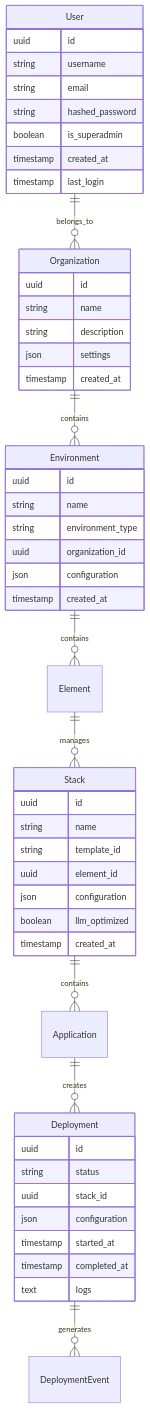
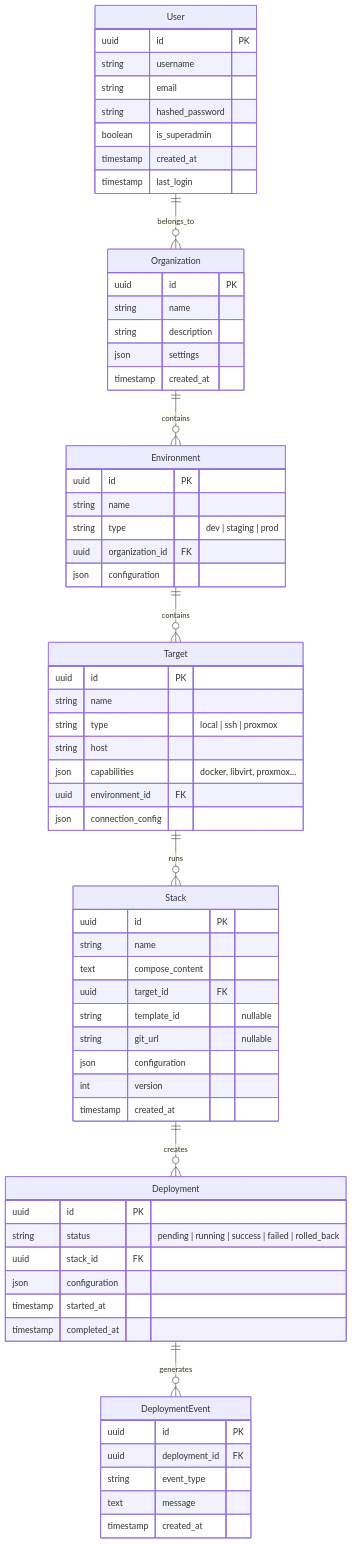
The fifth of 6 diagrams in doc/general_specs/02-architecture.md (stefapi/windflow), drawn with Mermaid before and after one commit. The commit also changed other lines of this file and 48 other files, not shown here.

Commit message:
feat: added a system to manage roadmap and developments

````diff
--- a/doc/general_specs/02-architecture.md
+++ b/doc/general_specs/02-architecture.md
@@ -155,57 +394,74 @@
 ```mermaid
 erDiagram
     User ||--o{ Organization : belongs_to
     Organization ||--o{ Environment : contains
-    Environment ||--o{ Element : contains
-    Element ||--o{ Stack : manages
-    Stack ||--o{ Application : contains
-    Application ||--o{ Deployment : creates
+    Environment ||--o{ Target : contains
+    Target ||--o{ Stack : runs
+    Stack ||--o{ Deployment : creates
     Deployment ||--o{ DeploymentEvent : generates
-    
+
     User {
-        uuid id
+        uuid id PK
         string username
         string email
         string hashed_password
         boolean is_superadmin
         timestamp created_at
         timestamp last_login
     }
-    
+
     Organization {
-        uuid id
+        uuid id PK
         string name
         string description
         json settings
         timestamp created_at
     }
-    
+
     Environment {
-        uuid id
+        uuid id PK
         string name
-        string environment_type
-        uuid organization_id
+        string type "dev | staging | prod"
+        uuid organization_id FK
         json configuration
+    }
+
+    Target {
+        uuid id PK
+        string name
+        string type "local | ssh | proxmox"
+        string host
+        json capabilities "docker, libvirt, proxmox..."
+        uuid environment_id FK
+        json connection_config
+    }
+
+    Stack {
+        uuid id PK
+        string name
+        text compose_content
+        uuid target_id FK
+        string template_id "nullable"
+        string git_url "nullable"
+        json configuration
+        int version
         timestamp created_at
     }
-    
-    Stack {
-        uuid id
-        string name
-        string template_id
-        uuid element_id
-        json configuration
-        boolean llm_optimized
-        timestamp created_at
-    }
-    
+
     Deployment {
-        uuid id
-        string status
-        uuid stack_id
+        uuid id PK
+        string status "pending | running | success | failed | rolled_back"
+        uuid stack_id FK
         json configuration
         timestamp started_at
         timestamp completed_at
-        text logs
+    }
+
+    DeploymentEvent {
+        uuid id PK
+        uuid deployment_id FK
+        string event_type
+        text message
+        timestamp created_at
     }
 ```
````
